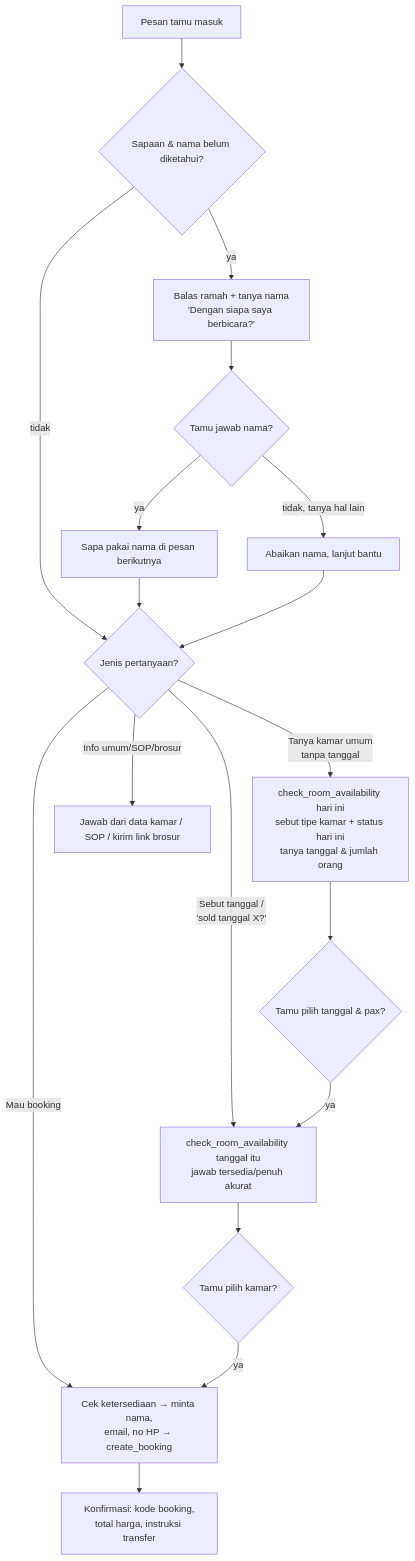
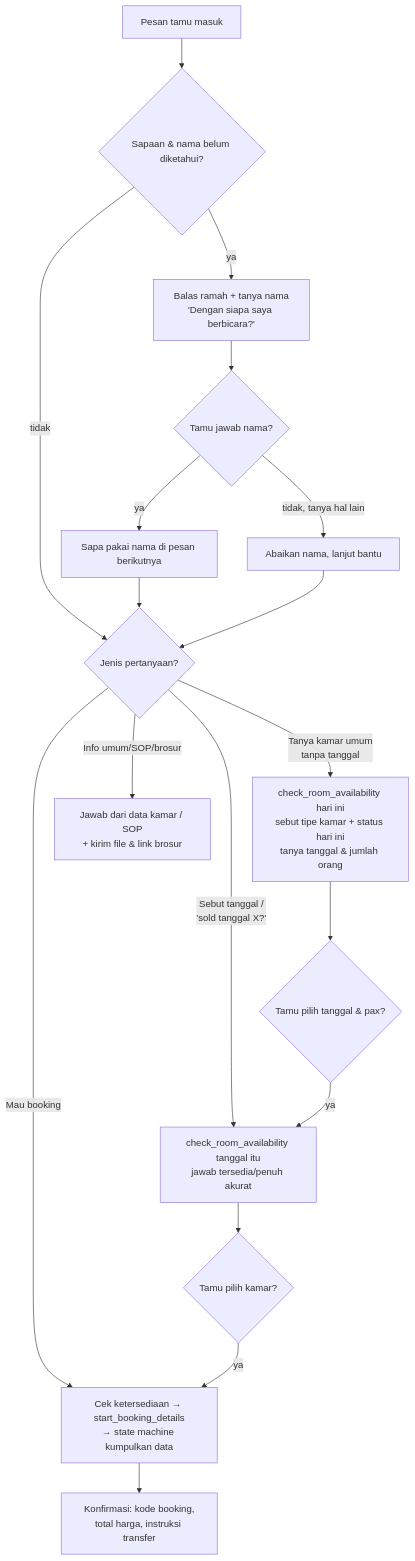
The fifth of 5 diagrams in docs/chatbot-flow.md (pomahguesthouse-cyber/new-pomah), drawn with Mermaid before and after one commit. The commit also changed other lines of this file, not shown here.

First line of the commit message:
docs(chatbot-flow): update flowcharts to match current webhook + brosur flow

````diff
--- a/docs/chatbot-flow.md
+++ b/docs/chatbot-flow.md
@@ -97,22 +142,22 @@
 ```mermaid
 flowchart TD
     A[Pesan tamu masuk] --> B{Sapaan & nama belum diketahui?}
     B -- ya --> C[Balas ramah + tanya nama<br/>'Dengan siapa saya berbicara?']
     C --> D{Tamu jawab nama?}
     D -- ya --> E[Sapa pakai nama di pesan berikutnya]
     D -- tidak, tanya hal lain --> F[Abaikan nama, lanjut bantu]
     B -- tidak --> G{Jenis pertanyaan?}
     E --> G
     F --> G
 
     G -- Tanya kamar umum<br/>tanpa tanggal --> H[check_room_availability hari ini<br/>sebut tipe kamar + status hari ini<br/>tanya tanggal & jumlah orang]
     G -- Sebut tanggal /<br/>'sold tanggal X?' --> I[check_room_availability tanggal itu<br/>jawab tersedia/penuh akurat]
-    G -- Mau booking --> J[Cek ketersediaan → minta nama,<br/>email, no HP → create_booking]
-    G -- Info umum/SOP/brosur --> K[Jawab dari data kamar / SOP / kirim link brosur]
+    G -- Mau booking --> J[Cek ketersediaan → start_booking_details<br/>→ state machine kumpulkan data]
+    G -- Info umum/SOP/brosur --> K[Jawab dari data kamar / SOP<br/>+ kirim file & link brosur]
 
     H --> L{Tamu pilih tanggal & pax?}
     L -- ya --> I
-    I --> M{Tamu pilih kamar?}
-    M -- ya --> J
-    J --> N[Konfirmasi: kode booking,<br/>total harga, instruksi transfer]
+    I --> N{Tamu pilih kamar?}
+    N -- ya --> J
+    J --> O[Konfirmasi: kode booking,<br/>total harga, instruksi transfer]
 ```
````
